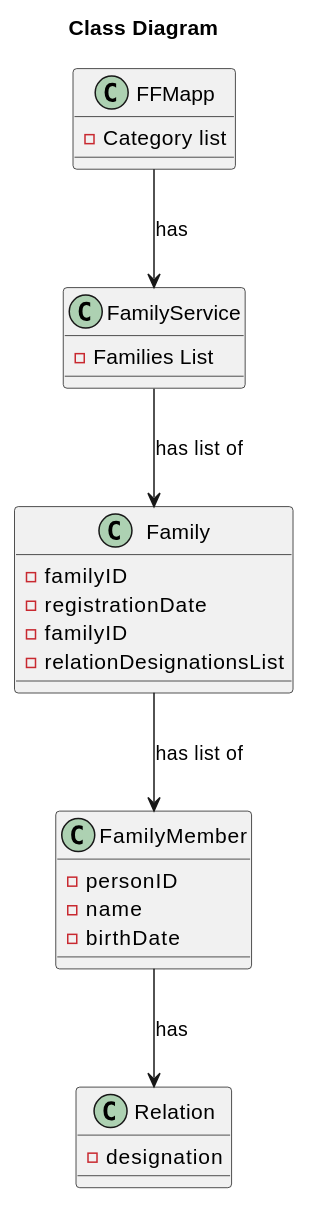
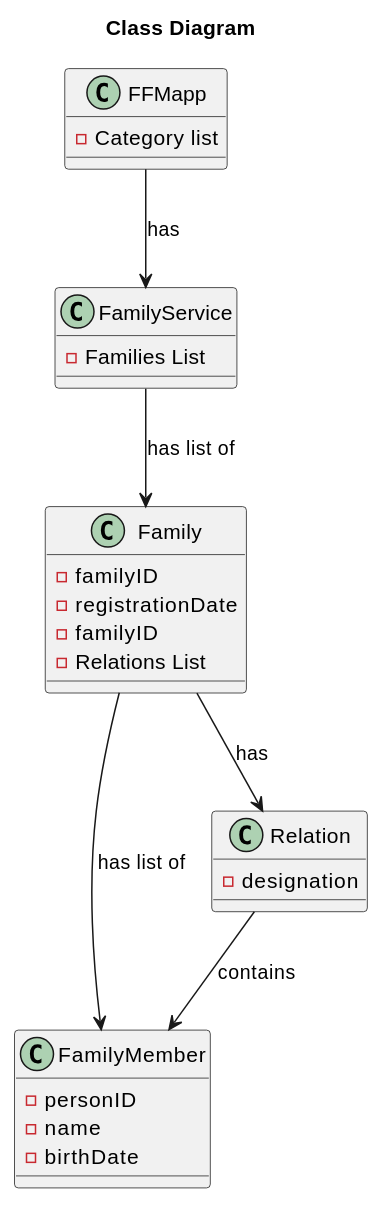
One commit to tomas-osswald/switch_2020_g3 changed the fourth of 4 diagrams in docs/sprint2/user_stories/US106_ChangeRelation.md. Above: the diagram before and after it, drawn with PlantUML. The commit also changed other lines of this file, not shown here.

````diff
--- a/docs/sprint2/user_stories/US106_ChangeRelation.md
+++ b/docs/sprint2/user_stories/US106_ChangeRelation.md
@@ -230,37 +210,37 @@
 ```puml
 title Class Diagram
 
 class FFMapp {
 - Category list
 
 }
 
 class FamilyService {
 - Families List
 }
 
 class Family {
 - familyID
 - registrationDate
 - familyID
-- relationDesignationsList
-
+- Relations List
 }
 
 class FamilyMember {
 - personID
 - name
 - birthDate
 
 }
 
 class Relation {
 - designation
 
 }
 
 FFMapp -down-> FamilyService : has 
 FamilyService -down-> Family : has list of
 Family -down-> FamilyMember : has list of 
-FamilyMember -down-> Relation : has 
+Family -down-> Relation : has 
+Relation -down-> FamilyMember: contains
 ```
````
